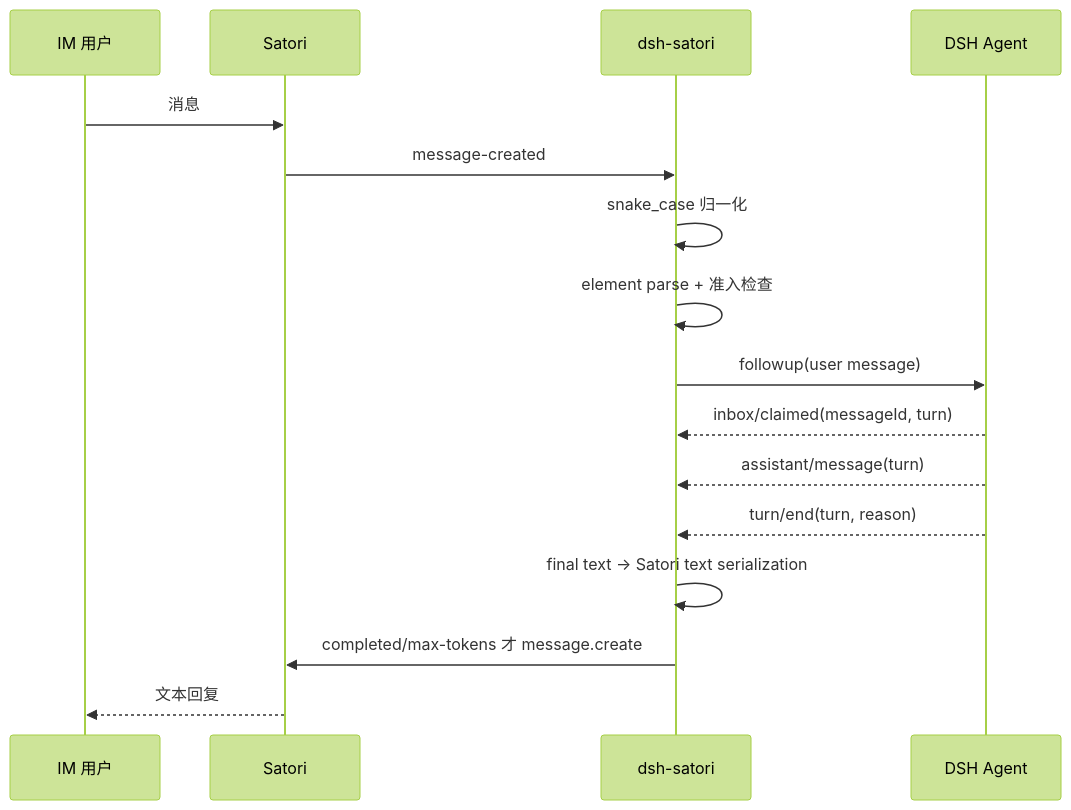
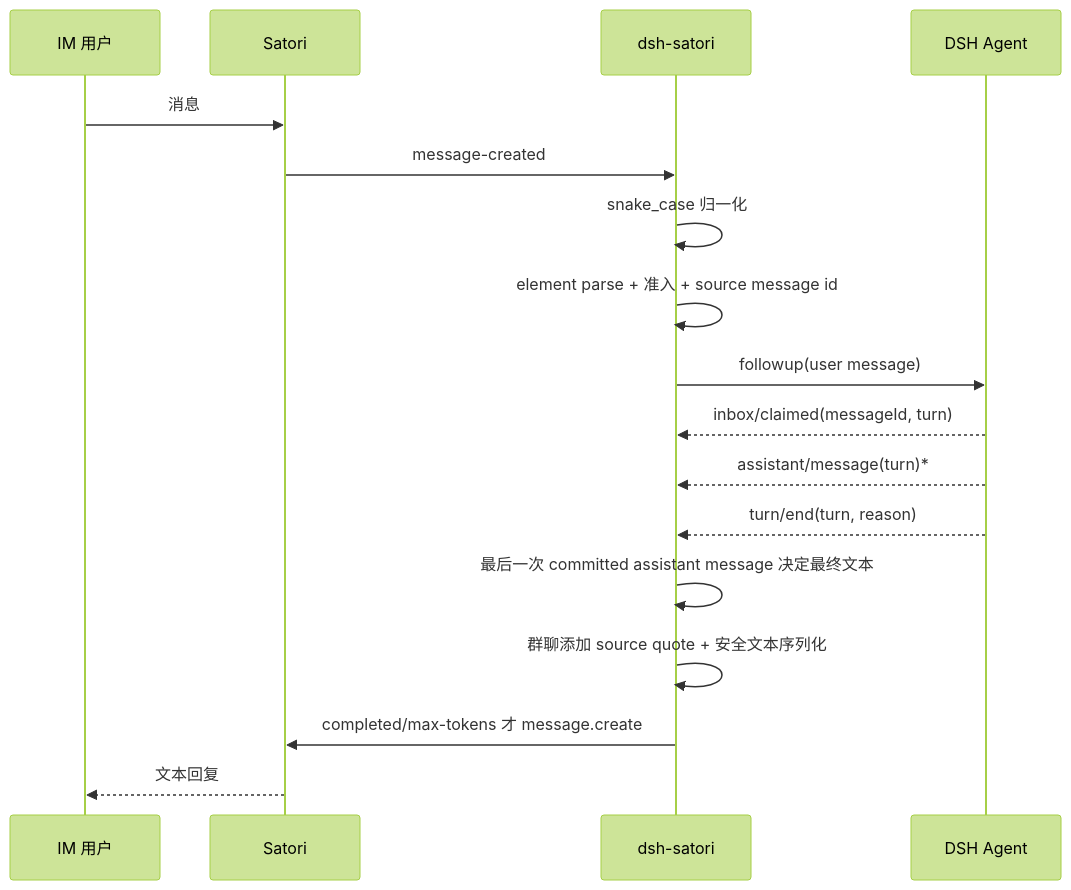
The second of 2 diagrams in README-zh.md (Ri0n72Y/dsh-satori), drawn with Mermaid (forest theme) before and after one commit. The commit also changed other lines of this file and 17 other files, not shown here.

````diff
--- a/README-zh.md
+++ b/README-zh.md
@@ -140,19 +142,20 @@
 ```mermaid
 sequenceDiagram
     participant IM as IM 用户
     participant S as Satori
     participant P as dsh-satori
     participant D as DSH Agent
 
     IM->>S: 消息
     S->>P: message-created
     P->>P: snake_case 归一化
-    P->>P: element parse + 准入检查
+    P->>P: element parse + 准入 + source message id
     P->>D: followup(user message)
     D-->>P: inbox/claimed(messageId, turn)
-    D-->>P: assistant/message(turn)
+    D-->>P: assistant/message(turn)*
     D-->>P: turn/end(turn, reason)
-    P->>P: final text -> Satori text serialization
+    P->>P: 最后一次 committed assistant message 决定最终文本
+    P->>P: 群聊添加 source quote + 安全文本序列化
     P->>S: completed/max-tokens 才 message.create
     S-->>IM: 文本回复
 ```
````
